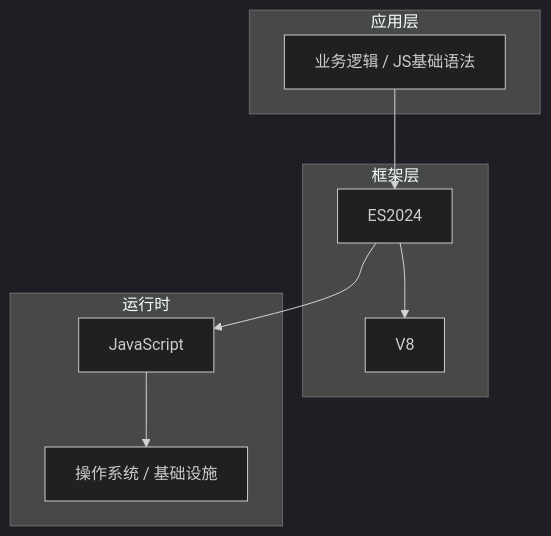
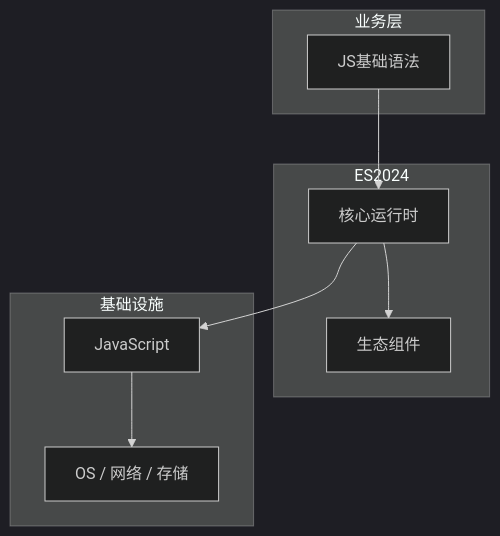
Before and after one commit to yanggan2015/knowledge-json-v2: the diagram in articles/JavaScript核心/chapters/001-JS基础语法核心概念与原理.md, drawn with Mermaid (dark theme). The commit also changed other lines of this file and 10127 other files, not shown here.

````diff
--- a/articles/JavaScript核心/chapters/001-JS基础语法核心概念与原理.md
+++ b/articles/JavaScript核心/chapters/001-JS基础语法核心概念与原理.md
@@ -45,18 +34,18 @@
 ```mermaid
 graph TB
-    subgraph 应用层
-        A[业务逻辑 / JS基础语法]
+    subgraph 业务层
+        A[JS基础语法]
     end
-    subgraph 框架层
-        B[ES2024]
-        C[V8]
+    subgraph ES2024
+        B[核心运行时]
+        C[生态组件]
     end
-    subgraph 运行时
+    subgraph 基础设施
         D[JavaScript]
-        E[操作系统 / 基础设施]
+        E[OS / 网络 / 存储]
     end
     A --> B
     B --> C
     B --> D
     D --> E
 ```
````
